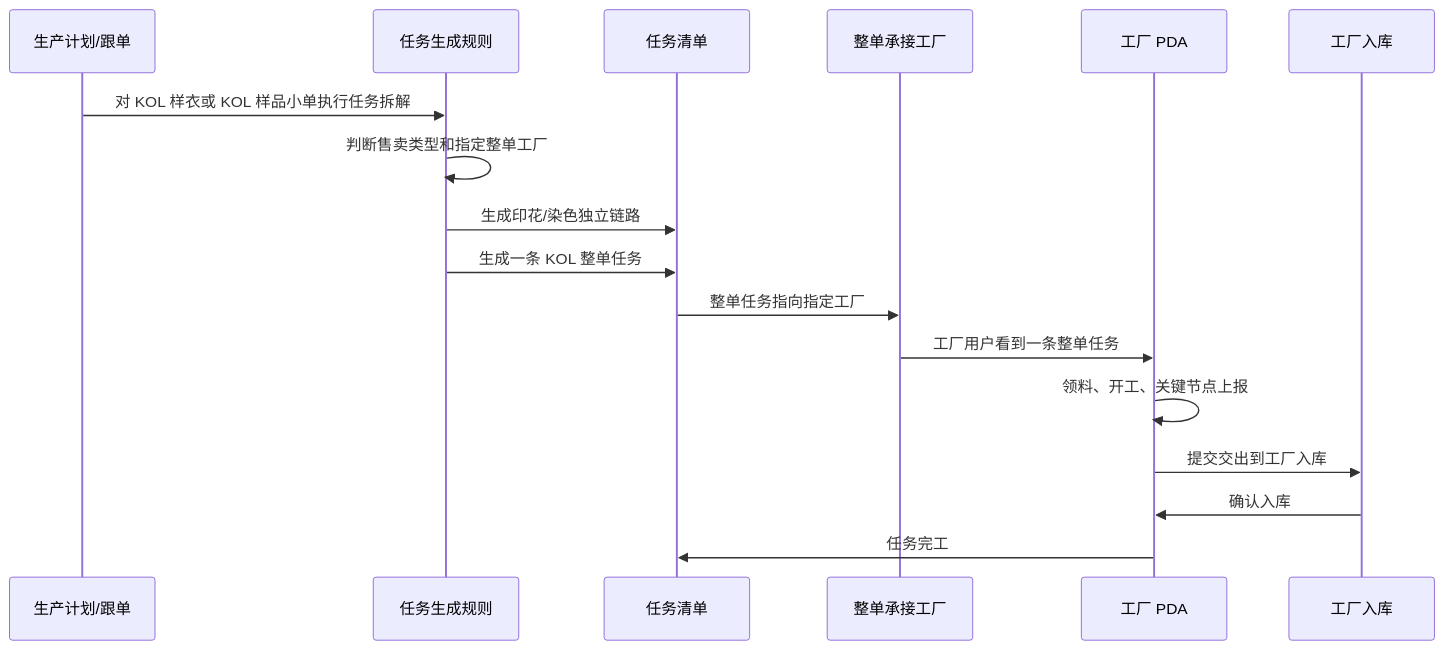
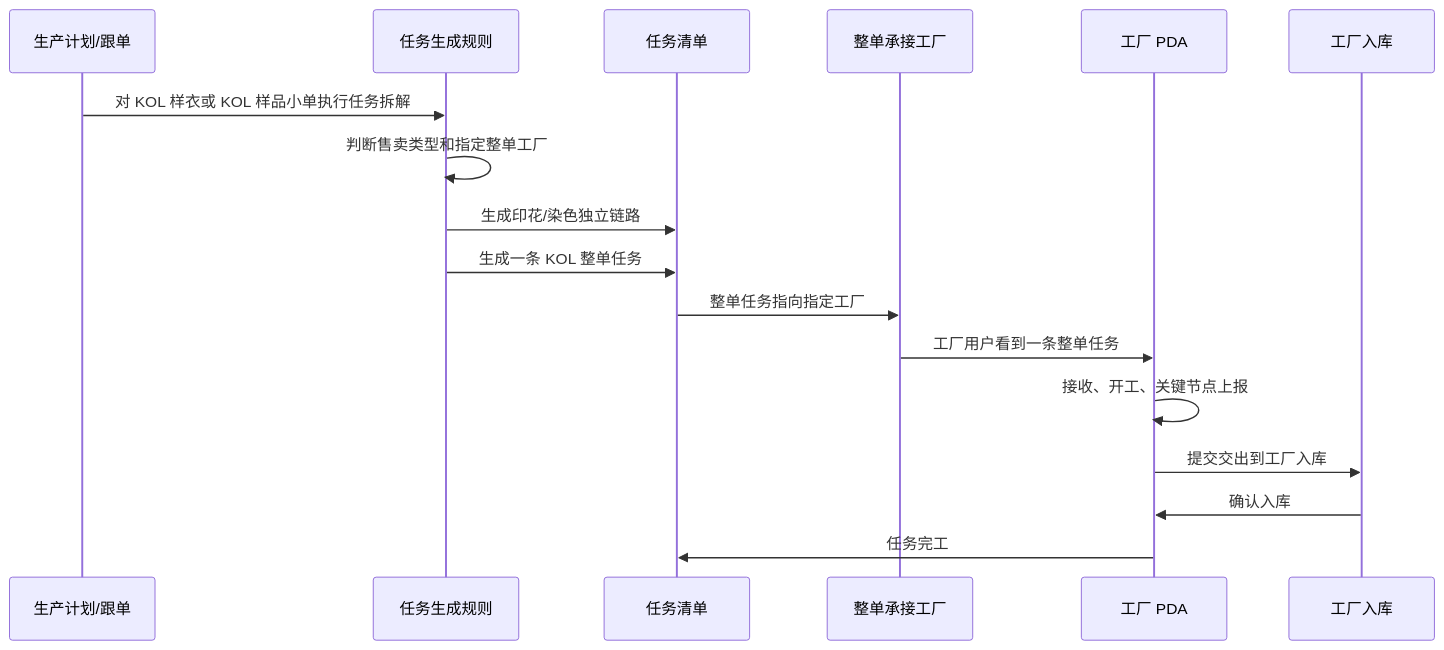
One commit to laoertongxue/higoods changed the second of 4 diagrams in docs/superpowers/specs/2026-07-03-whole-order-continuous-task-prd.md. Above: the diagram before and after it, drawn with Mermaid. The commit also changed other lines of this file and 312 other files, not shown here.

````diff
--- a/docs/superpowers/specs/2026-07-03-whole-order-continuous-task-prd.md
+++ b/docs/superpowers/specs/2026-07-03-whole-order-continuous-task-prd.md
@@ -395,20 +395,20 @@
 ```mermaid
 sequenceDiagram
   participant Planner as 生产计划/跟单
   participant Rule as 任务生成规则
   participant List as 任务清单
   participant Factory as 整单承接工厂
   participant PDA as 工厂 PDA
   participant Warehouse as 工厂入库
 
   Planner->>Rule: 对 KOL 样衣或 KOL 样品小单执行任务拆解
   Rule->>Rule: 判断售卖类型和指定整单工厂
   Rule->>List: 生成印花/染色独立链路
   Rule->>List: 生成一条 KOL 整单任务
   List->>Factory: 整单任务指向指定工厂
   Factory->>PDA: 工厂用户看到一条整单任务
-  PDA->>PDA: 领料、开工、关键节点上报
+  PDA->>PDA: 接收、开工、关键节点上报
   PDA->>Warehouse: 提交交出到工厂入库
   Warehouse->>PDA: 确认入库
   PDA->>List: 任务完工
 ```
````
